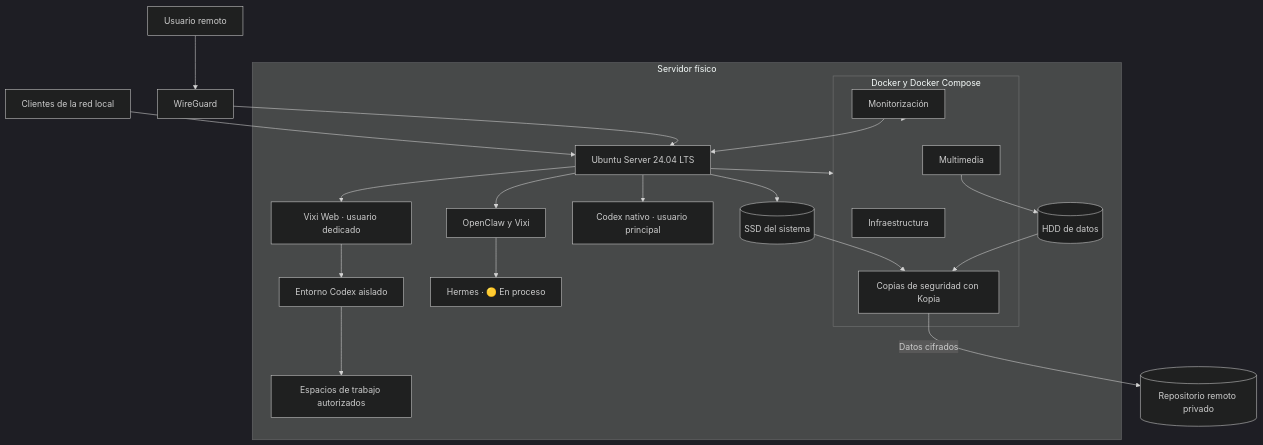
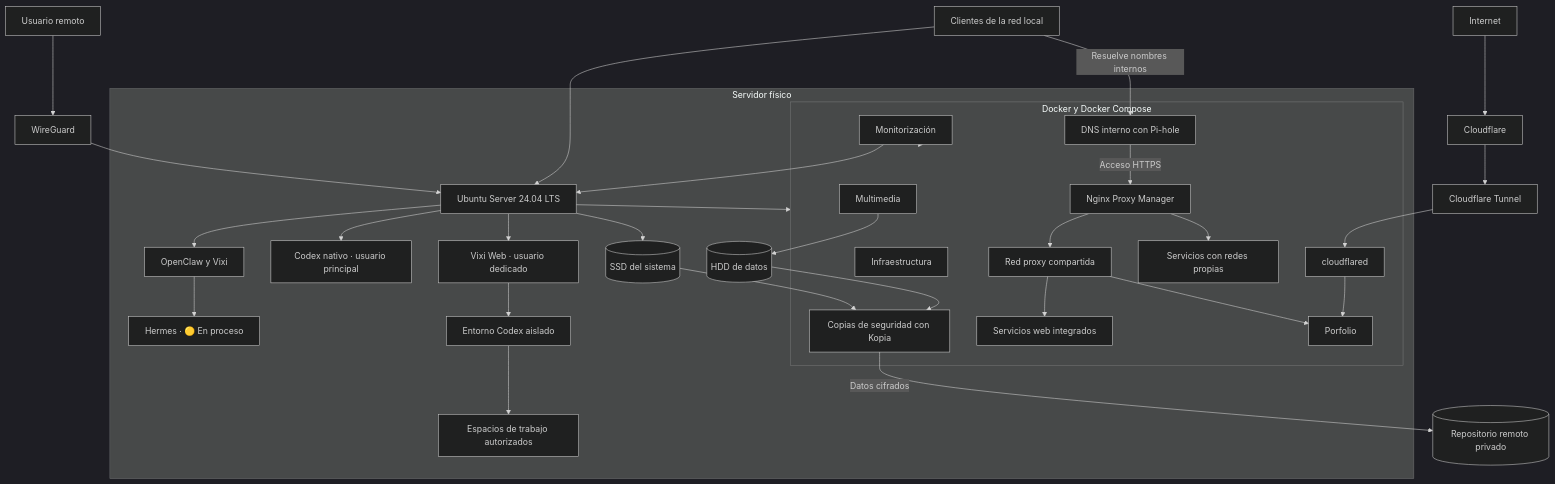
One commit to vix1095/vixi-homelab-docs changed the first of 2 diagrams in docs/arquitectura.md. Above: the diagram before and after it, drawn with Mermaid (dark theme). The commit also changed other lines of this file and 6 other files, not shown here.

````diff
--- a/docs/arquitectura.md
+++ b/docs/arquitectura.md
@@ -7,43 +7,58 @@
 ```mermaid
 flowchart TB
     lan[Clientes de la red local]
     remoto[Usuario remoto]
     wireguard[WireGuard]
 
     subgraph host[Servidor físico]
         ubuntu[Ubuntu Server 24.04 LTS]
 
         subgraph docker[Docker y Docker Compose]
             infraestructura[Infraestructura]
             multimedia[Multimedia]
             monitorizacion[Monitorización]
             copias[Copias de seguridad con Kopia]
+            dns[DNS interno con Pi-hole]
+            npm[Nginx Proxy Manager]
+            proxy[Red proxy compartida]
+            web[Servicios web integrados]
+            especiales[Servicios con redes propias]
+            cloudflared[cloudflared]
+            porfolio[Porfolio]
         end
 
         openclaw[OpenClaw y Vixi]
         hermes[Hermes · 🟡 En proceso]
         codex_nativo[Codex nativo · usuario principal]
         vixi_web[Vixi Web · usuario dedicado]
         codex_aislado[Entorno Codex aislado]
         espacios[Espacios de trabajo autorizados]
         sistema[(SSD del sistema)]
         datos[(HDD de datos)]
     end
 
     repositorio[(Repositorio remoto privado)]
+    internet[Internet]
+    cloudflare[Cloudflare]
+    tunnel[Cloudflare Tunnel]
 
     lan --> ubuntu
+    lan -->|Resuelve nombres internos| dns -->|Acceso HTTPS| npm
+    npm --> proxy --> web
+    proxy --> porfolio
+    npm --> especiales
+    internet --> cloudflare --> tunnel --> cloudflared --> porfolio
     remoto --> wireguard --> ubuntu
     ubuntu --> docker
     ubuntu --> openclaw
     openclaw --> hermes
     ubuntu --> codex_nativo
     ubuntu --> vixi_web --> codex_aislado --> espacios
     ubuntu --> sistema
     multimedia --> datos
     sistema --> copias
     datos --> copias
     copias -->|Datos cifrados| repositorio
     monitorizacion --> ubuntu
     monitorizacion --> docker
 ```
````
